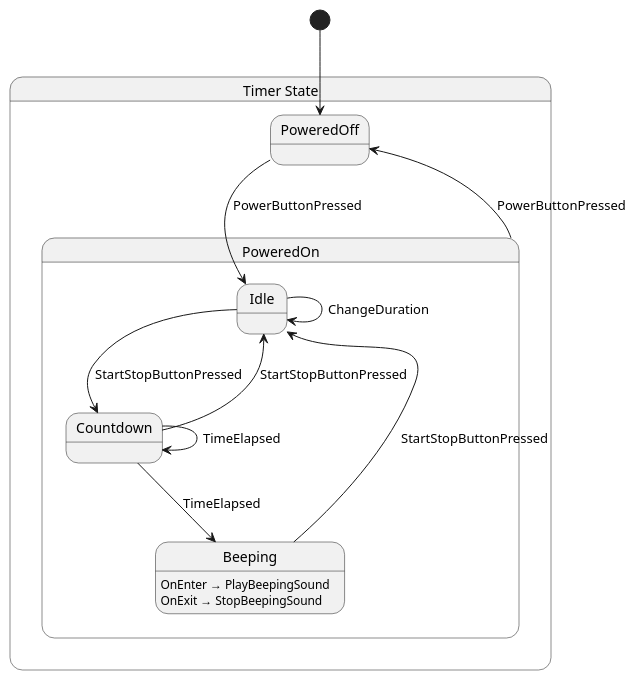
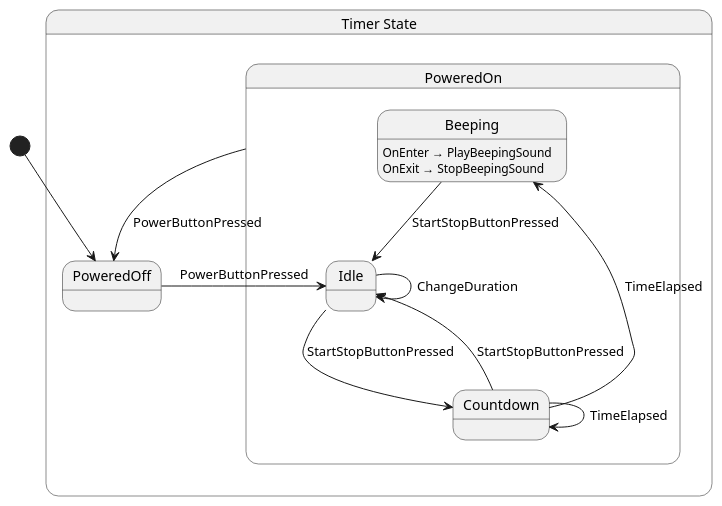
Before and after one commit to chickensoft-games/LogicBlocks: the diagram in Chickensoft.LogicBlocks.Tutorial/Timer.g.puml, drawn with PlantUML. The commit also changed other lines of this file and 21 other files, not shown here.

```diff
--- a/Chickensoft.LogicBlocks.Tutorial/Timer.g.puml
+++ b/Chickensoft.LogicBlocks.Tutorial/Timer.g.puml
@@ -1,24 +1,24 @@
 @startuml Timer
 state "Timer State" as Chickensoft_LogicBlocks_Tutorial_Timer_State {
   state "PoweredOff" as Chickensoft_LogicBlocks_Tutorial_Timer_State_PoweredOff
   state "PoweredOn" as Chickensoft_LogicBlocks_Tutorial_Timer_State_PoweredOn {
+    state "Beeping" as Chickensoft_LogicBlocks_Tutorial_Timer_State_PoweredOn_Beeping
+    state "Countdown" as Chickensoft_LogicBlocks_Tutorial_Timer_State_PoweredOn_Countdown
     state "Idle" as Chickensoft_LogicBlocks_Tutorial_Timer_State_PoweredOn_Idle
-    state "Countdown" as Chickensoft_LogicBlocks_Tutorial_Timer_State_PoweredOn_Countdown
-    state "Beeping" as Chickensoft_LogicBlocks_Tutorial_Timer_State_PoweredOn_Beeping
   }
 }
 
 Chickensoft_LogicBlocks_Tutorial_Timer_State_PoweredOff --> Chickensoft_LogicBlocks_Tutorial_Timer_State_PoweredOn_Idle : PowerButtonPressed
 Chickensoft_LogicBlocks_Tutorial_Timer_State_PoweredOn --> Chickensoft_LogicBlocks_Tutorial_Timer_State_PoweredOff : PowerButtonPressed
 Chickensoft_LogicBlocks_Tutorial_Timer_State_PoweredOn_Beeping --> Chickensoft_LogicBlocks_Tutorial_Timer_State_PoweredOn_Idle : StartStopButtonPressed
 Chickensoft_LogicBlocks_Tutorial_Timer_State_PoweredOn_Countdown --> Chickensoft_LogicBlocks_Tutorial_Timer_State_PoweredOn_Beeping : TimeElapsed
 Chickensoft_LogicBlocks_Tutorial_Timer_State_PoweredOn_Countdown --> Chickensoft_LogicBlocks_Tutorial_Timer_State_PoweredOn_Countdown : TimeElapsed
 Chickensoft_LogicBlocks_Tutorial_Timer_State_PoweredOn_Countdown --> Chickensoft_LogicBlocks_Tutorial_Timer_State_PoweredOn_Idle : StartStopButtonPressed
 Chickensoft_LogicBlocks_Tutorial_Timer_State_PoweredOn_Idle --> Chickensoft_LogicBlocks_Tutorial_Timer_State_PoweredOn_Countdown : StartStopButtonPressed
 Chickensoft_LogicBlocks_Tutorial_Timer_State_PoweredOn_Idle --> Chickensoft_LogicBlocks_Tutorial_Timer_State_PoweredOn_Idle : ChangeDuration
 
 Chickensoft_LogicBlocks_Tutorial_Timer_State_PoweredOn_Beeping : OnEnter → PlayBeepingSound
 Chickensoft_LogicBlocks_Tutorial_Timer_State_PoweredOn_Beeping : OnExit → StopBeepingSound
 
 [*] --> Chickensoft_LogicBlocks_Tutorial_Timer_State_PoweredOff
 @enduml
```
